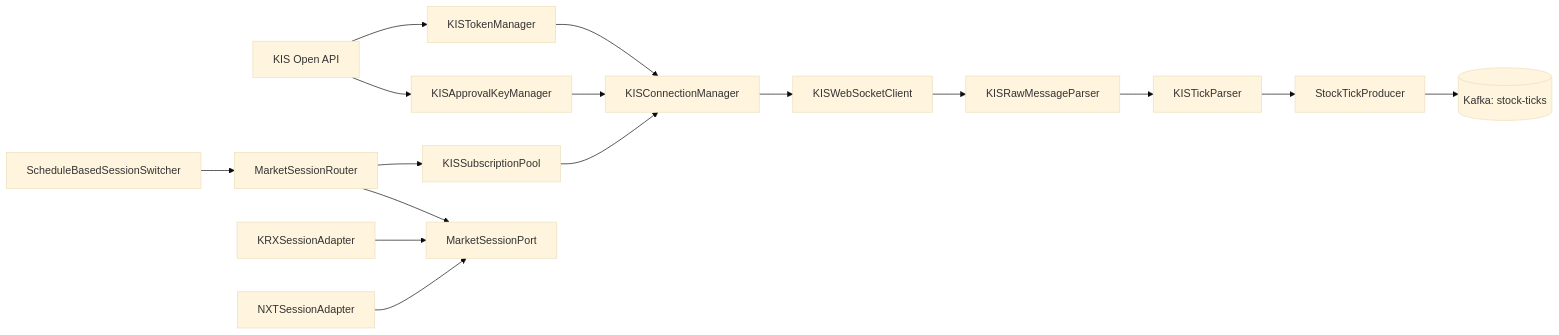
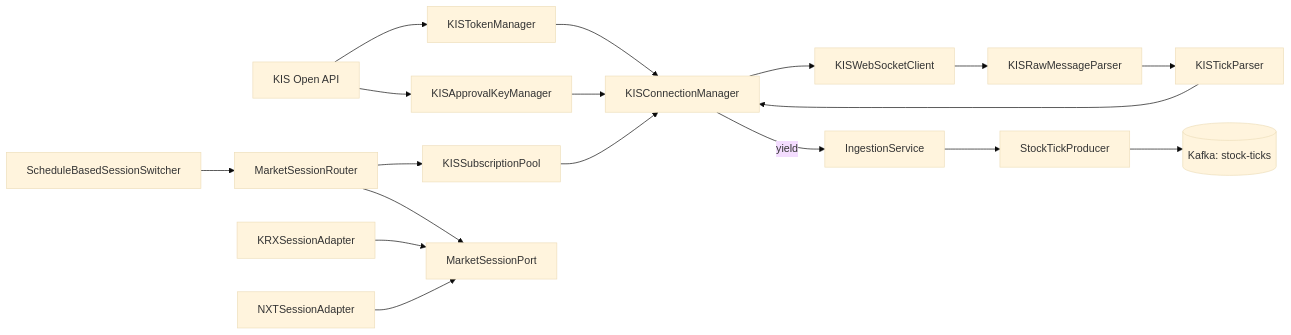
One commit to rover0811/invest_view changed the diagram in docs/design/12-kis-realtime-ingress-design.md. Above: the diagram before and after it, drawn with Mermaid (base theme). The commit also changed other lines of this file and 5 other files, not shown here.

First line of the commit message:
refactor(kis-ingestion): convert connection_manager to AsyncIterator, move produce to IngestionService

````diff
--- a/docs/design/12-kis-realtime-ingress-design.md
+++ b/docs/design/12-kis-realtime-ingress-design.md
@@ -109,34 +109,37 @@
 ```mermaid
 flowchart LR
     KIS[KIS Open API]
     Token[KISTokenManager]
     Approval[KISApprovalKeyManager]
     Conn[KISConnectionManager]
     Pool[KISSubscriptionPool]
     SessionPort[MarketSessionPort]
     Router[MarketSessionRouter]
     Switcher[ScheduleBasedSessionSwitcher]
     KRX[KRXSessionAdapter]
     NXT[NXTSessionAdapter]
     WS[KISWebSocketClient]
     Parser[KISRawMessageParser]
     TickParser[KISTickParser]
+    Service[IngestionService]
     Producer[StockTickProducer]
     Kafka[(Kafka: stock-ticks)]
 
     KIS --> Token
     KIS --> Approval
     Token --> Conn
     Approval --> Conn
     Switcher --> Router
     Router --> SessionPort
     KRX --> SessionPort
     NXT --> SessionPort
     Router --> Pool
     Pool --> Conn
     Conn --> WS
     WS --> Parser
     Parser --> TickParser
-    TickParser --> Producer
+    TickParser --> Conn
+    Conn -- yield --> Service
+    Service --> Producer
     Producer --> Kafka
 ```
````
